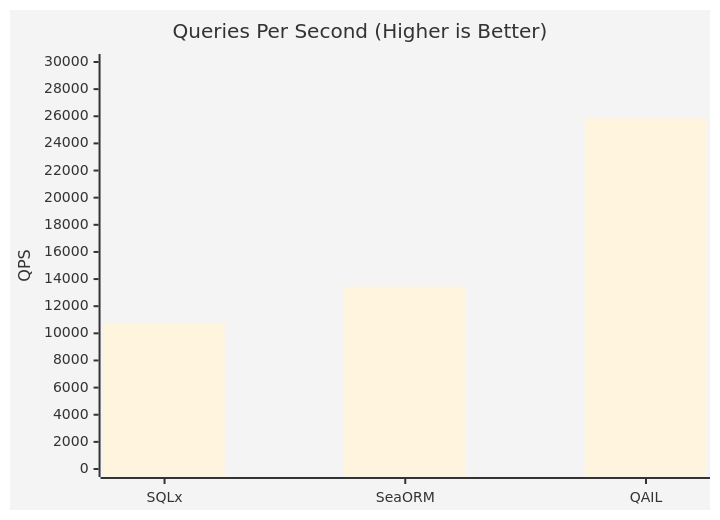
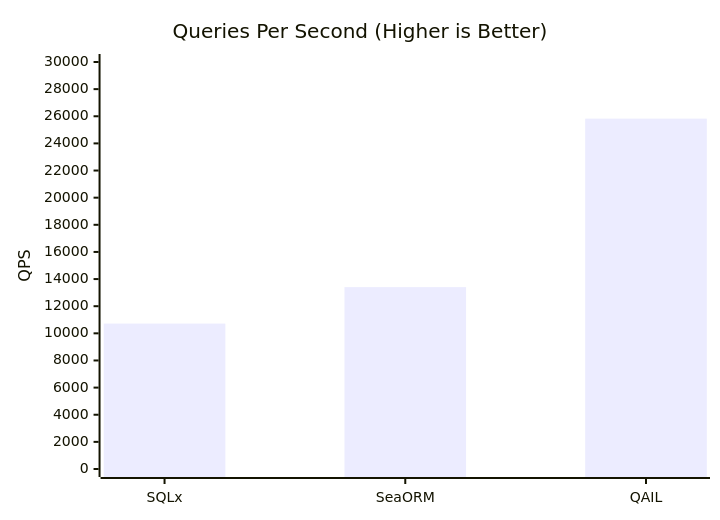
Before and after one commit to qail-io/qail: the diagram in README.md, drawn with Mermaid.

Commit message:
docs: update project README

````diff
--- a/README.md
+++ b/README.md
@@ -142,8 +142,7 @@
 ```mermaid
-%%{init: {'theme': 'base', 'themeVariables': { 'primaryColor': '#4ade80'}}}%%
 xychart-beta
     title "Queries Per Second (Higher is Better)"
     x-axis ["SQLx", "SeaORM", "QAIL"]
     y-axis "QPS" 0 --> 30000
     bar [10718, 13405, 25825]
 ```
````
